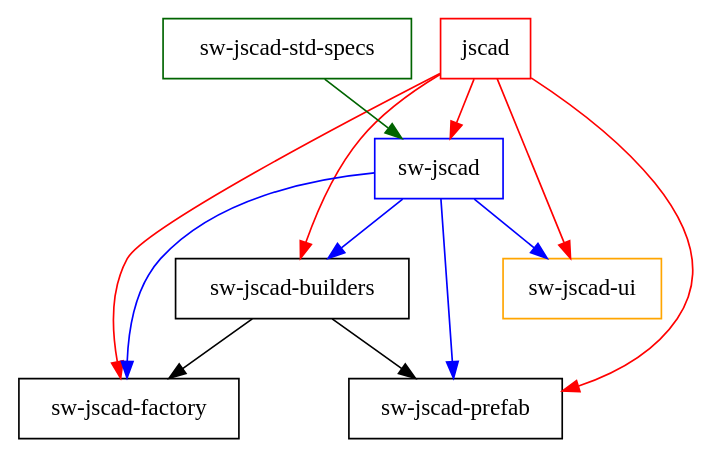
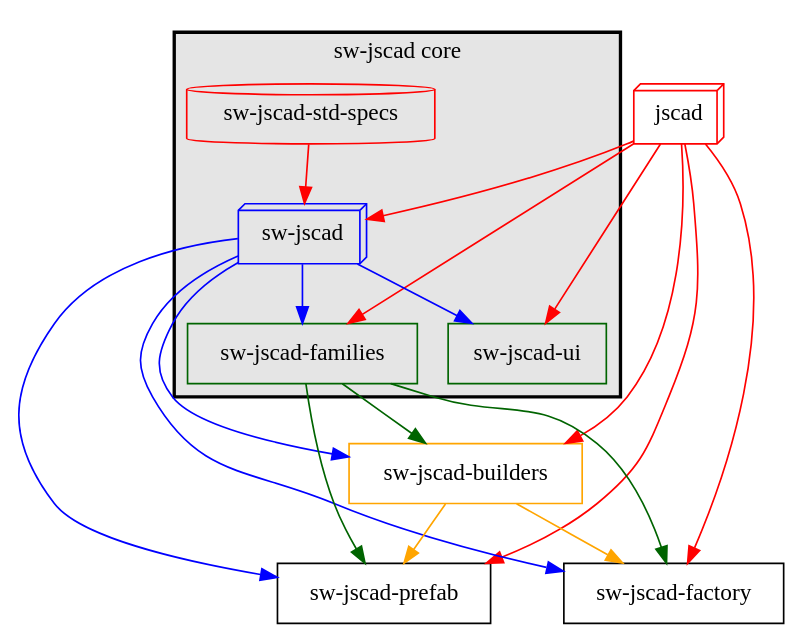
Before and after one commit to salvador-workshop/sw-jscad-std-specs: the diagram in static/design/system.dot, drawn with Graphviz. The commit also changed 1 other file, not shown here.

```diff
--- a/static/design/system.dot
+++ b/static/design/system.dot
@@ -1,28 +1,47 @@
 digraph {
     node [shape = box;];
     
     jscad -> swJscad [color = red;];
+    
+    subgraph cluster_0 {
+        label = "sw-jscad core";
+        color = black;
+        bgcolor = grey90;
+        penwidth = 2;
+        
+        swJscadStdSpecs -> swJscad [color = red;];
+        
+        swJscad -> swJscadUi [color = blue;];
+        swJscad -> swJscadFamilies [color = blue;];
+    }
+    
     jscad -> swJscadUi [color = red;];
+    jscad -> swJscadFamilies [color = red;];
     jscad -> swJscadBuilders [color = red;];
     jscad -> swJscadFactory [color = red;];
     jscad -> swJscadPrefab [color = red;];
     
-    swJscad -> swJscadUi [color = blue;];
     swJscad -> swJscadBuilders [color = blue;];
     swJscad -> swJscadFactory [color = blue;];
     swJscad -> swJscadPrefab [color = blue;];
     
-    swJscadStdSpecs -> swJscad [color = darkgreen;];
+    swJscadFamilies -> swJscadBuilders [color = darkgreen;];
+    swJscadFamilies -> swJscadFactory [color = darkgreen;];
+    swJscadFamilies -> swJscadPrefab [color = darkgreen;];
     
-    swJscadBuilders -> swJscadFactory;
-    swJscadBuilders -> swJscadPrefab;
+    swJscadBuilders -> swJscadFactory [color = orange;];
+    swJscadBuilders -> swJscadPrefab [color = orange;];
     
-    jscad [color = red;];
-    swJscad [label = "sw-jscad";color = blue;];
-    swJscadUi [label = "sw-jscad-ui";color = orange;];
-    swJscadStdSpecs [label = "sw-jscad-std-specs";color = darkgreen;];
+    jscad [shape = box3d;color = red;];
+    swJscadStdSpecs [shape = cylinder;label = "sw-jscad-std-specs";color = red;];
     
-    swJscadBuilders [label = "sw-jscad-builders";];
+    swJscad [shape = box3d;label = "sw-jscad";color = blue;];
+    
+    swJscadUi [label = "sw-jscad-ui";color = darkgreen;];
+    swJscadFamilies [label = "sw-jscad-families";color = darkgreen;];
+    
+    swJscadBuilders [label = "sw-jscad-builders";color = orange;];
+    
     swJscadFactory [label = "sw-jscad-factory";];
     swJscadPrefab [label = "sw-jscad-prefab";];
 }
```
